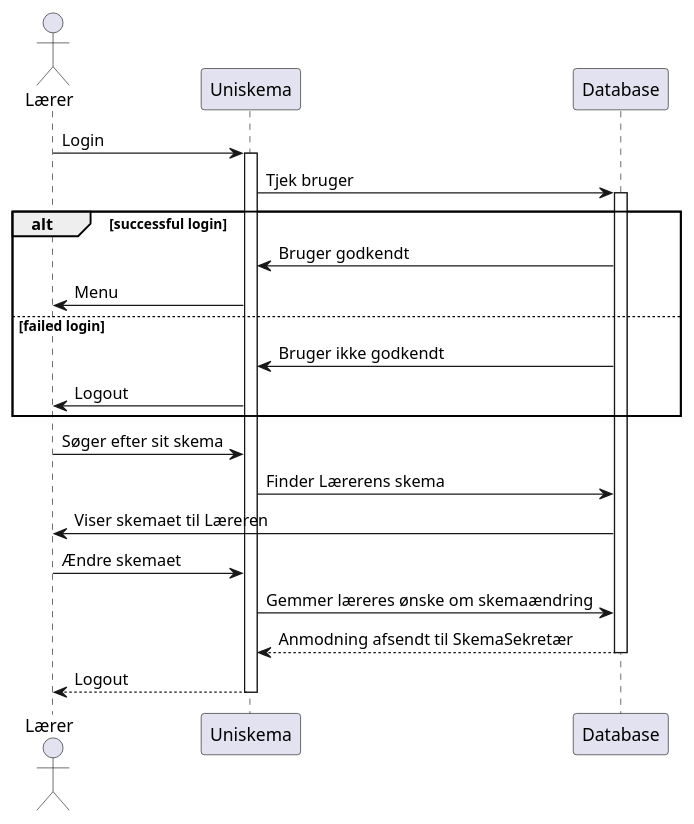
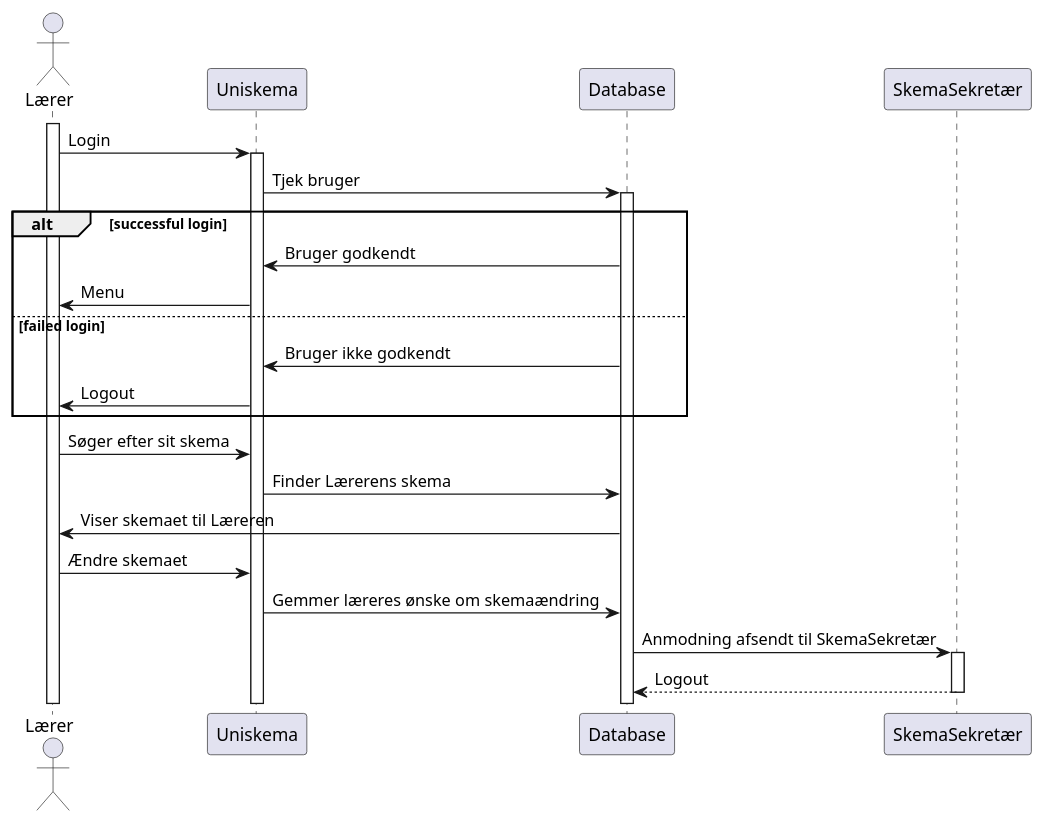
The diagram in Iteration2_opgave3.puml (MadsSchroder/Systemudvikling-Eksamen-KU), drawn with PlantUML before and after one commit.

Commit message:
første ændring i sekvens diagram

```diff
--- a/Iteration2_opgave3.puml
+++ b/Iteration2_opgave3.puml
@@ -1,21 +1,25 @@
 @startuml
 Actor Lærer
+Activate Lærer
 Lærer -> Uniskema: Login
 Activate Uniskema
 Uniskema -> Database: Tjek bruger
 Activate Database
 alt successful login
     Uniskema <- Database: Bruger godkendt
     Lærer <- Uniskema: Menu
 else failed login
     Uniskema <- Database: Bruger ikke godkendt
     Lærer <- Uniskema: Logout
 end
 Lærer -> Uniskema: Søger efter sit skema
 Uniskema -> Database: Finder Lærerens skema
 Lærer <- Database: Viser skemaet til Læreren
 Lærer -> Uniskema: Ændre skemaet
 Uniskema -> Database: Gemmer læreres ønske om skemaændring
-return Anmodning afsendt til SkemaSekretær
+Database -> SkemaSekretær: Anmodning afsendt til SkemaSekretær
+Actor SkemaSekretær
+Activate SkemaSekretær
+
 return Logout
 @enduml
```
